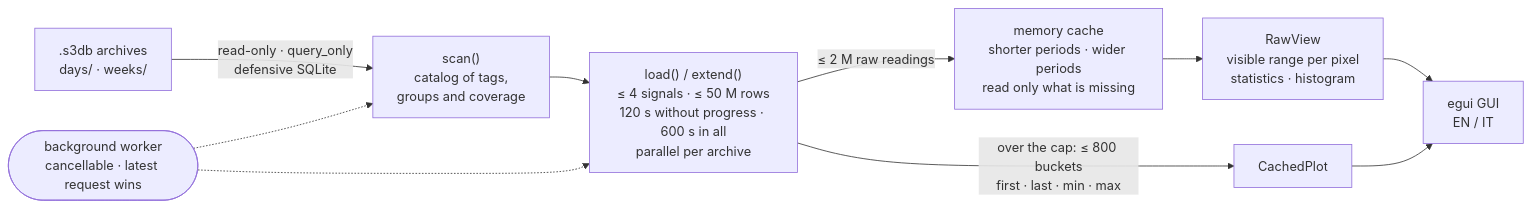
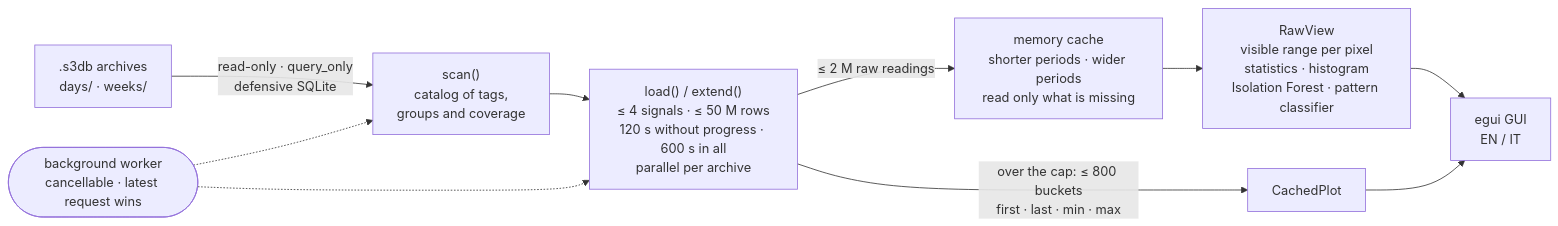
The diagram in README.md (danieleb1861/vessel-trend-manager), drawn with Mermaid before and after one commit. The commit also changed other lines of this file and 7 other files, not shown here.

````diff
--- a/README.md
+++ b/README.md
@@ -144,12 +149,12 @@
 ```mermaid
 flowchart LR
     A[".s3db archives<br/>days/ · weeks/"] -->|"read-only · query_only<br/>defensive SQLite"| B["scan()<br/>catalog of tags,<br/>groups and coverage"]
     B --> C["load() / extend()<br/>≤ 4 signals · ≤ 50 M rows<br/>120 s without progress · 600 s in all<br/>parallel per archive"]
     C -->|"≤ 2 M raw readings"| R["memory cache<br/>shorter periods · wider periods<br/>read only what is missing"]
-    R --> D["RawView<br/>visible range per pixel<br/>statistics · histogram"]
+    R --> D["RawView<br/>visible range per pixel<br/>statistics · histogram<br/>Isolation Forest · pattern classifier"]
     C -->|"over the cap: ≤ 800 buckets<br/>first · last · min · max"| P["CachedPlot"]
     D --> E["egui GUI<br/>EN / IT"]
     P --> E
     W(["background worker<br/>cancellable · latest request wins"]) -.-> B
     W -.-> C
 ```
````
